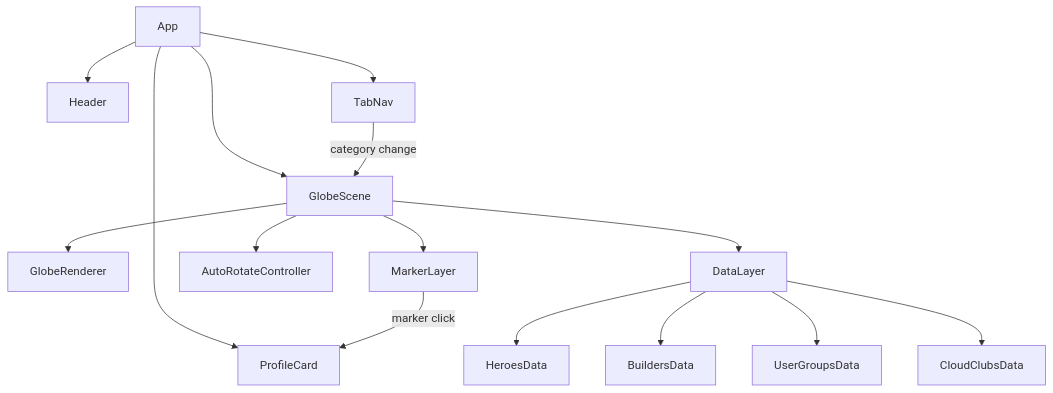
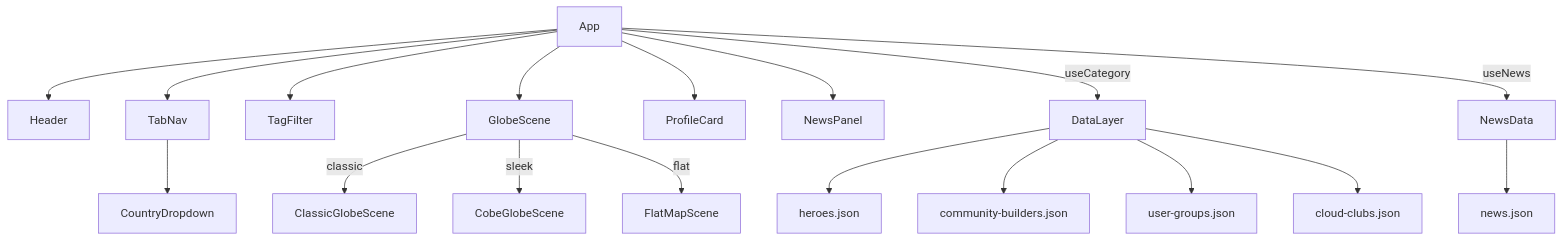
Before and after one commit to Jagatees/aws-community-world: the diagram in .kiro/specs/aws-community-globe/design.md, drawn with Mermaid. The commit also changed other lines of this file and 3 other files, not shown here.

````diff
--- a/.kiro/specs/aws-community-globe/design.md
+++ b/.kiro/specs/aws-community-globe/design.md
@@ -13,21 +11,24 @@
 ```mermaid
 graph TD
   App --> Header
   App --> TabNav
+  App --> TagFilter
   App --> GlobeScene
   App --> ProfileCard
+  App --> NewsPanel
 
-  GlobeScene --> GlobeRenderer
-  GlobeScene --> MarkerLayer
-  GlobeScene --> AutoRotateController
+  TabNav --> CountryDropdown
 
-  TabNav -->|category change| GlobeScene
-  MarkerLayer -->|marker click| ProfileCard
+  GlobeScene -->|classic| ClassicGlobeScene
+  GlobeScene -->|sleek| CobeGlobeScene
+  GlobeScene -->|flat| FlatMapScene
 
-  DataLayer --> HeroesData
-  DataLayer --> BuildersData
-  DataLayer --> UserGroupsData
-  DataLayer --> CloudClubsData
+  App -->|useCategory| DataLayer
+  App -->|useNews| NewsData
 
-  GlobeScene --> DataLayer
+  DataLayer --> heroes.json
+  DataLayer --> community-builders.json
+  DataLayer --> user-groups.json
+  DataLayer --> cloud-clubs.json
+  NewsData --> news.json
 ```
````
